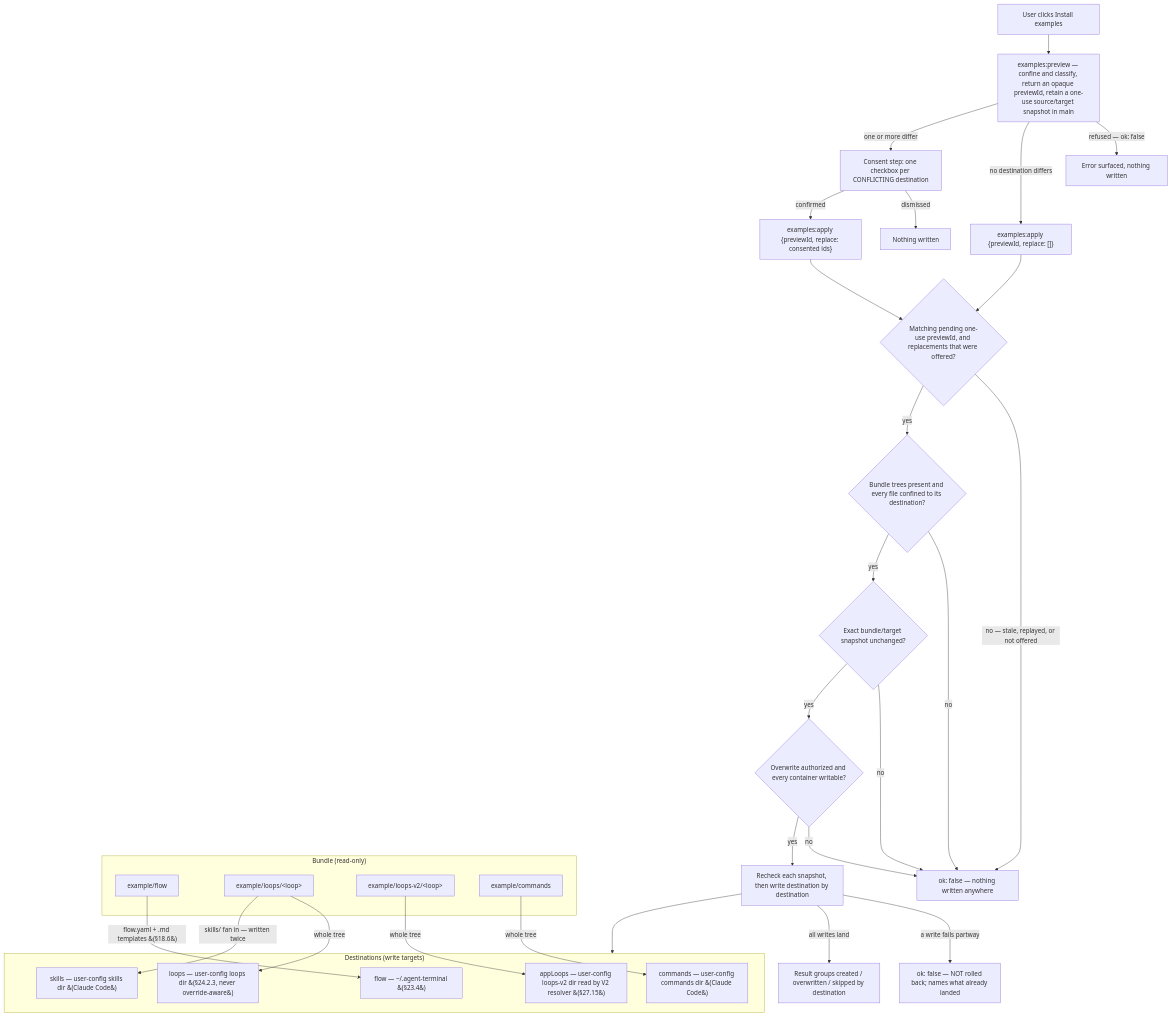
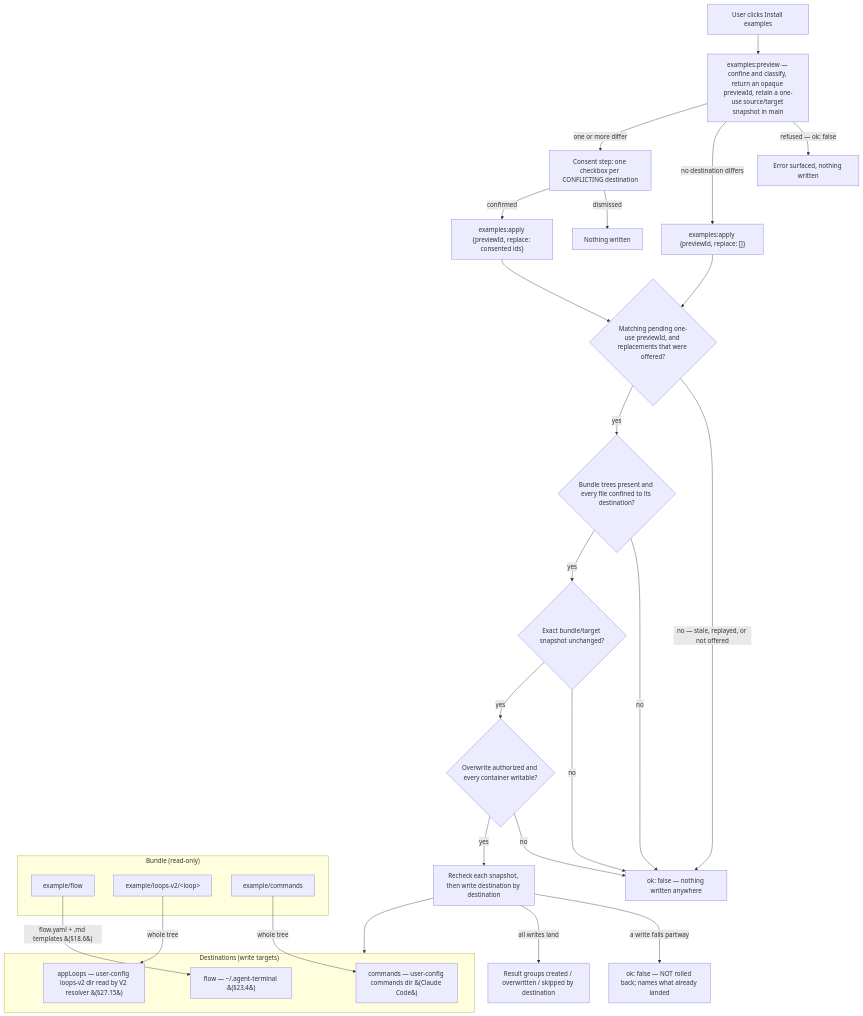
The diagram in docs/spec/18-flow-definitions-flow-yaml.md (dylanb/agent-terminal), drawn with Mermaid before and after one commit. The commit also changed other lines of this file and 13 other files, not shown here.

````diff
--- a/docs/spec/18-flow-definitions-flow-yaml.md
+++ b/docs/spec/18-flow-definitions-flow-yaml.md
@@ -19,43 +18,38 @@
 ```mermaid
 flowchart TD
   CLICK["User clicks Install examples"] --> PREVIEW["examples:preview — confine and classify, return an opaque previewId, retain a one-use source/target snapshot in main"]
   PREVIEW -->|"refused — ok: false"| PERR["Error surfaced, nothing written"]
   PREVIEW -->|"no destination differs"| APPLY["examples:apply {previewId, replace: []}"]
   PREVIEW -->|"one or more differ"| CONSENT["Consent step: one checkbox per CONFLICTING destination"]
   CONSENT -->|"dismissed"| NOOP["Nothing written"]
   CONSENT -->|"confirmed"| APPLY2["examples:apply {previewId, replace: consented ids}"]
   APPLY --> AUTH{"Matching pending one-use previewId, and replacements that were offered?"}
   APPLY2 --> AUTH
   AUTH -->|"no — stale, replayed, or not offered"| REFUSE
   AUTH -->|"yes"| RESOLVE{"Bundle trees present and every file confined to its destination?"}
   RESOLVE -->|"no"| REFUSE["ok: false — nothing written anywhere"]
   RESOLVE -->|"yes"| VERIFY{"Exact bundle/target snapshot unchanged?"}
   VERIFY -->|"no"| REFUSE
   VERIFY -->|"yes"| GATE{"Overwrite authorized and every container writable?"}
   GATE -->|"no"| REFUSE
   GATE -->|"yes"| WRITE["Recheck each snapshot, then write destination by destination"]
   WRITE -->|"a write fails partway"| PARTIAL["ok: false — NOT rolled back; names what already landed"]
   WRITE -->|"all writes land"| RESULT["Result groups created / overwritten / skipped by destination"]
 
   subgraph BUNDLE["Bundle (read-only)"]
     BF["example/flow"]
-    BL["example/loops/&lt;loop&gt;"]
     BV["example/loops-v2/&lt;loop&gt;"]
     BC["example/commands"]
   end
 
   subgraph DEST["Destinations (write targets)"]
     DF["flow — ~/.agent-terminal &#40;§23.4&#41;"]
     DV["appLoops — user-config loops-v2 dir read by V2 resolver &#40;§27.15&#41;"]
-    DL["loops — user-config loops dir &#40;§24.2.3, never override-aware&#41;"]
-    DS["skills — user-config skills dir &#40;Claude Code&#41;"]
     DC["commands — user-config commands dir &#40;Claude Code&#41;"]
   end
 
   WRITE --> DEST
   BF -->|"flow.yaml + .md templates &#40;§18.6&#41;"| DF
-  BL -->|"whole tree"| DL
   BV -->|"whole tree"| DV
-  BL -->|"skills/ fan in — written twice"| DS
   BC -->|"whole tree"| DC
 ```
````
